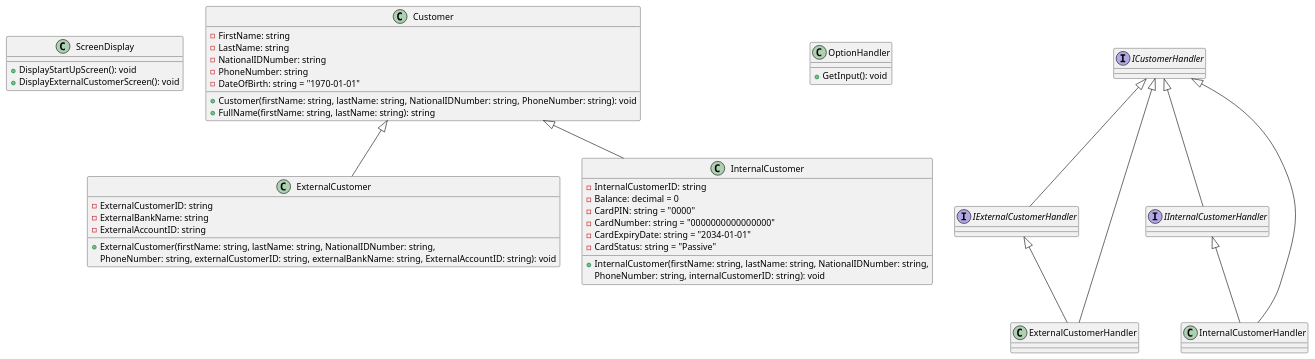
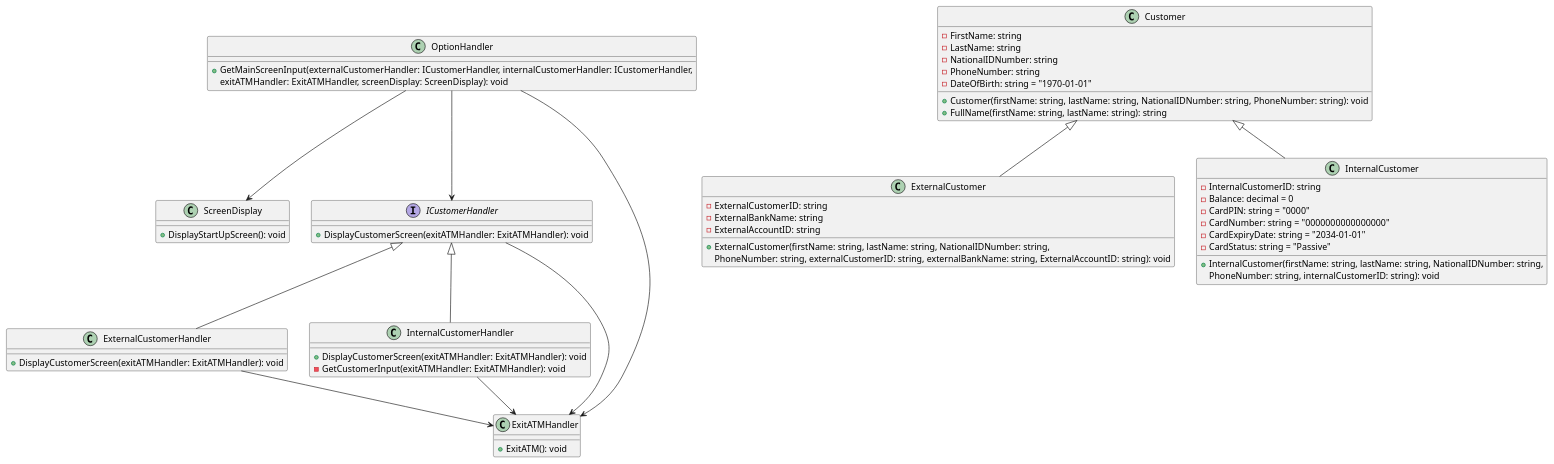
Before and after one commit to KTrordu/atm-uygulamasi: the diagram in .puml, drawn with PlantUML. The commit also changed 25 other files, not shown here.

```diff
--- a/.puml
+++ b/.puml
@@ -1,75 +1,75 @@
 @startuml ATMUygulamasi
 
 class ScreenDisplay {
     +DisplayStartUpScreen(): void
-    +DisplayExternalCustomerScreen(): void
 }
 
 class Customer {
     -FirstName: string
     -LastName: string
     -NationalIDNumber: string
     -PhoneNumber: string
     -DateOfBirth: string = "1970-01-01"
 
     +Customer(firstName: string, lastName: string, NationalIDNumber: string, PhoneNumber: string): void
     +FullName(firstName: string, lastName: string): string
 }
 
 class ExternalCustomer {
     -ExternalCustomerID: string
     -ExternalBankName: string
     -ExternalAccountID: string
 
     +ExternalCustomer(firstName: string, lastName: string, NationalIDNumber: string,
     PhoneNumber: string, externalCustomerID: string, externalBankName: string, ExternalAccountID: string): void
 }
 
 class InternalCustomer {
     -InternalCustomerID: string
     -Balance: decimal = 0
     -CardPIN: string = "0000"
     -CardNumber: string = "0000000000000000"
     -CardExpiryDate: string = "2034-01-01"
     -CardStatus: string = "Passive"
 
     +InternalCustomer(firstName: string, lastName: string, NationalIDNumber: string,
     PhoneNumber: string, internalCustomerID: string): void
 }
 
 class OptionHandler {
-    +GetInput(): void
+    +GetMainScreenInput(externalCustomerHandler: ICustomerHandler, internalCustomerHandler: ICustomerHandler, 
+    exitATMHandler: ExitATMHandler, screenDisplay: ScreenDisplay): void
 }
 
 interface ICustomerHandler {
-
-}
-
-interface IExternalCustomerHandler {
-
-}
-
-interface IInternalCustomerHandler {
-
+    +DisplayCustomerScreen(exitATMHandler: ExitATMHandler): void
 }
 
 class ExternalCustomerHandler {
-
+    +DisplayCustomerScreen(exitATMHandler: ExitATMHandler): void
 }
 
 class InternalCustomerHandler {
+    +DisplayCustomerScreen(exitATMHandler: ExitATMHandler): void
+    -GetCustomerInput(exitATMHandler: ExitATMHandler): void
+}
 
+class ExitATMHandler {
+    +ExitATM(): void
 }
 
 Customer <|-- ExternalCustomer
 Customer <|-- InternalCustomer
 
-ICustomerHandler <|-- IExternalCustomerHandler
-ICustomerHandler <|-- IInternalCustomerHandler
 ICustomerHandler <|-- ExternalCustomerHandler
 ICustomerHandler <|-- InternalCustomerHandler
 
-IExternalCustomerHandler <|-- ExternalCustomerHandler
-IInternalCustomerHandler <|-- InternalCustomerHandler
+OptionHandler --> ICustomerHandler
+OptionHandler --> ScreenDisplay
+
+ICustomerHandler --> ExitATMHandler
+ExternalCustomerHandler --> ExitATMHandler
+InternalCustomerHandler --> ExitATMHandler
+OptionHandler --> ExitATMHandler
 
 @enduml
```
